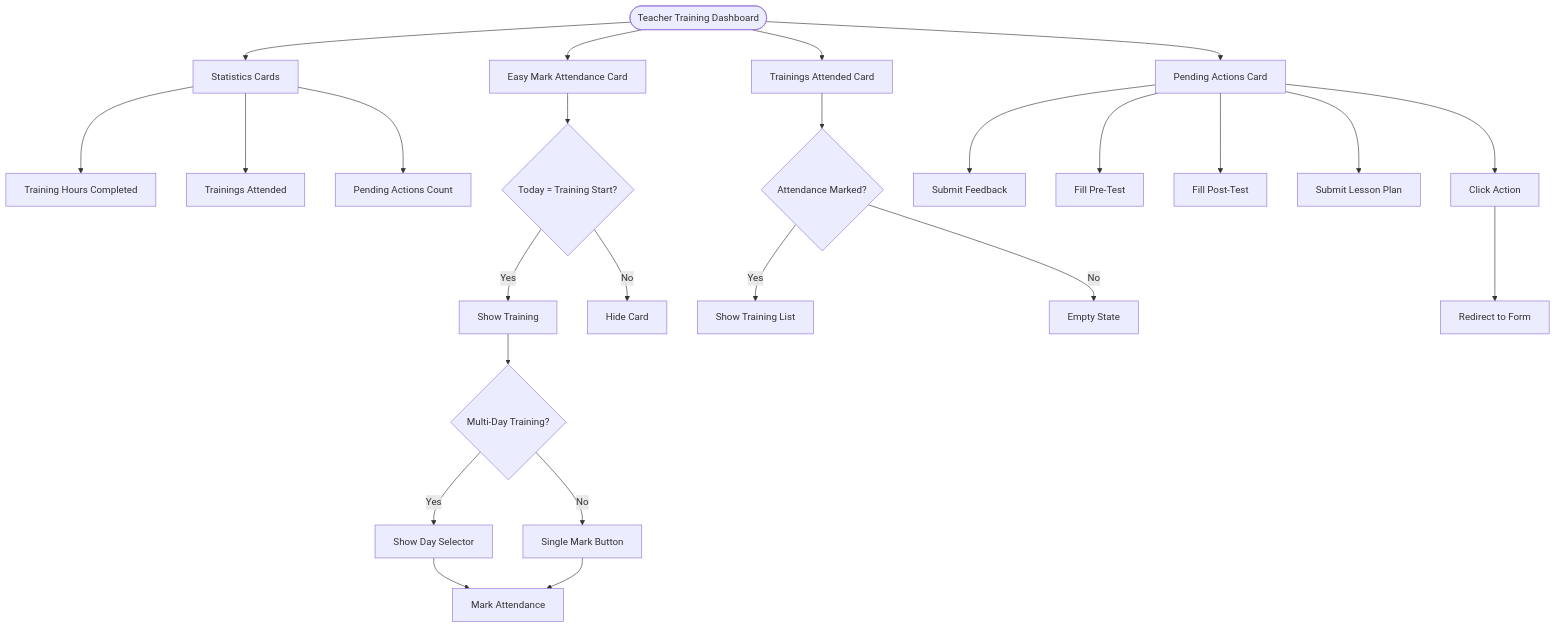
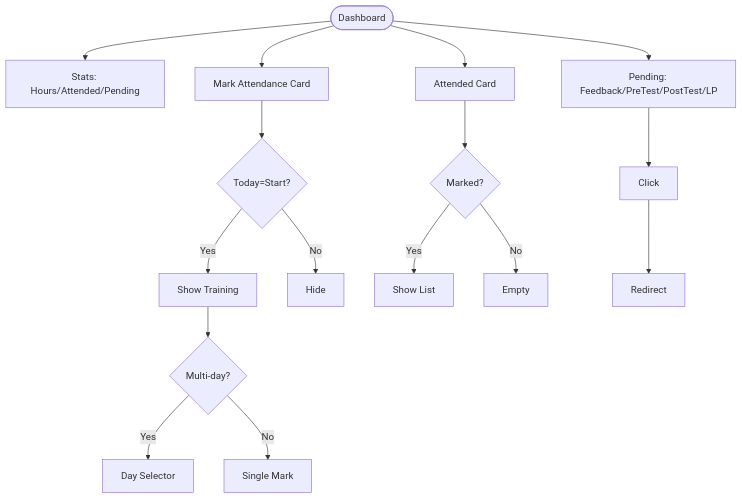
Before and after one commit to gunjangupta-gh/placeintern: diagram 15 of 49 in TRAINING_CALENDAR_FLOW_DIAGRAMS.md, drawn with Mermaid. The commit also changed other lines of this file and 6 other files, not shown here.

````diff
--- a/TRAINING_CALENDAR_FLOW_DIAGRAMS.md
+++ b/TRAINING_CALENDAR_FLOW_DIAGRAMS.md
@@ -563,34 +234,13 @@
 ```mermaid
 flowchart TD
-    TEACH_DASH([Teacher Training Dashboard]) --> STATS[Statistics Cards]
-
-    STATS --> HOURS[Training Hours Completed]
-    STATS --> ATTENDED[Trainings Attended]
-    STATS --> PENDING[Pending Actions Count]
-
-    TEACH_DASH --> MARK_ATTEND[Easy Mark Attendance Card]
-    MARK_ATTEND --> CHECK_TODAY{Today = Training Start?}
-    CHECK_TODAY --> |Yes| SHOW_TRAINING[Show Training]
-    CHECK_TODAY --> |No| HIDE[Hide Card]
-
-    SHOW_TRAINING --> MULTI_DAY{Multi-Day Training?}
-    MULTI_DAY --> |Yes| DAY_SELECTOR[Show Day Selector]
-    MULTI_DAY --> |No| SINGLE_MARK[Single Mark Button]
-
-    DAY_SELECTOR --> MARK[Mark Attendance]
-    SINGLE_MARK --> MARK
-
-    TEACH_DASH --> ATTENDED_CARD[Trainings Attended Card]
-    ATTENDED_CARD --> CONDITION{Attendance Marked?}
-    CONDITION --> |Yes| SHOW_LIST[Show Training List]
-    CONDITION --> |No| EMPTY[Empty State]
-
-    TEACH_DASH --> PENDING_CARD[Pending Actions Card]
-    PENDING_CARD --> SUBMIT_FEEDBACK[Submit Feedback]
-    PENDING_CARD --> PRE_TEST[Fill Pre-Test]
-    PENDING_CARD --> POST_TEST[Fill Post-Test]
-    PENDING_CARD --> LESSON_PLAN[Submit Lesson Plan]
-
-    PENDING_CARD --> CLICK_ACTION[Click Action]
-    CLICK_ACTION --> REDIRECT[Redirect to Form]
+    A([Dashboard])-->B[Stats: Hours/Attended/Pending]
+    A-->C[Mark Attendance Card]-->D{Today=Start?}
+    D-->|Yes|E[Show Training]-->F{Multi-day?}
+    F-->|Yes|G[Day Selector]
+    F-->|No|H[Single Mark]
+    D-->|No|I[Hide]
+    A-->J[Attended Card]-->K{Marked?}
+    K-->|Yes|L[Show List]
+    K-->|No|M[Empty]
+    A-->N[Pending: Feedback/PreTest/PostTest/LP]-->O[Click]-->P[Redirect]
 ```
````
